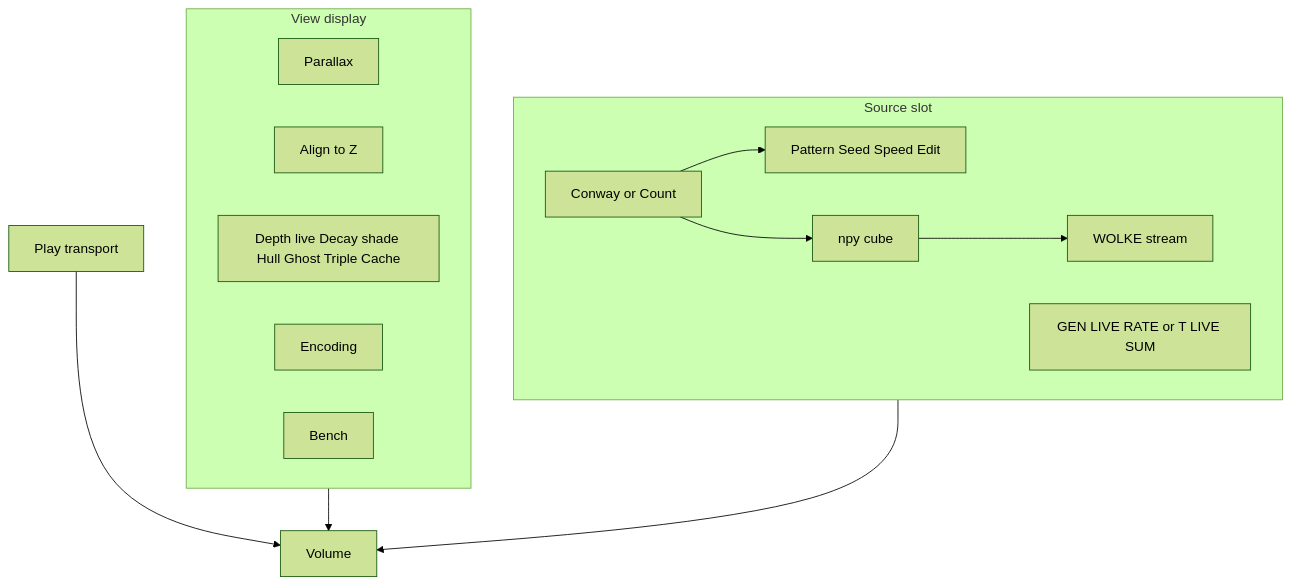
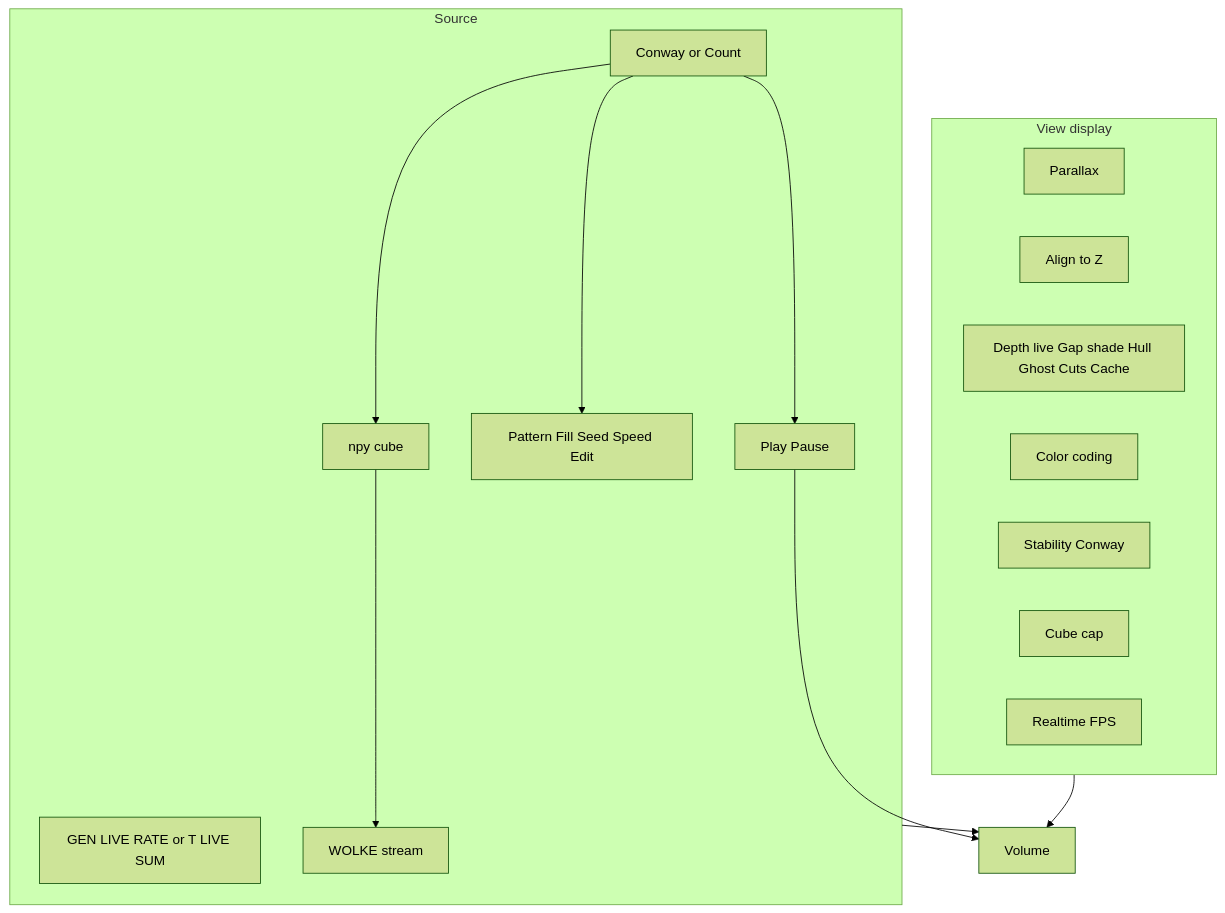
One commit to PiMaV/DONNER changed the fourth of 30 diagrams in architecture.md. Above: the diagram before and after it, drawn with Mermaid (forest theme). The commit also changed other lines of this file and 28 other files, not shown here.

Commit message:
Ship a Source|View inspect shell with voxel gap, manual phone AR placement, and mid-volume planes so the hot path is not always-on bench and neighborhood.

````diff
--- a/architecture.md
+++ b/architecture.md
@@ -116,24 +117,27 @@
 ```mermaid
 flowchart TB
   subgraph view [View display]
     bird[Parallax]
     align[Align to Z]
-    win[Depth live Decay shade Hull Ghost Triple Cache]
-    enc[Encoding]
-    bench[Bench]
+    win[Depth live Gap shade Hull Ghost Cuts Cache]
+    color[Color coding]
+    stab[Stability Conway]
+    cap[Cube cap]
+    fps[Realtime FPS]
   end
-  subgraph source [Source slot]
+  subgraph source [Source]
     kind[Conway or Count]
+    play[Play Pause]
     gen[GEN LIVE RATE or T LIVE SUM]
-    conway[Pattern Seed Speed Edit]
+    conway[Pattern Fill Seed Speed Edit]
     npy[npy cube]
     stream[WOLKE stream]
   end
   view --> volume[Volume]
-  playT[Play transport]
-  playT --> volume
+  play --> volume
   source --> volume
+  kind --> play
   kind --> conway
   kind --> npy
   npy --> stream
 ```
````
